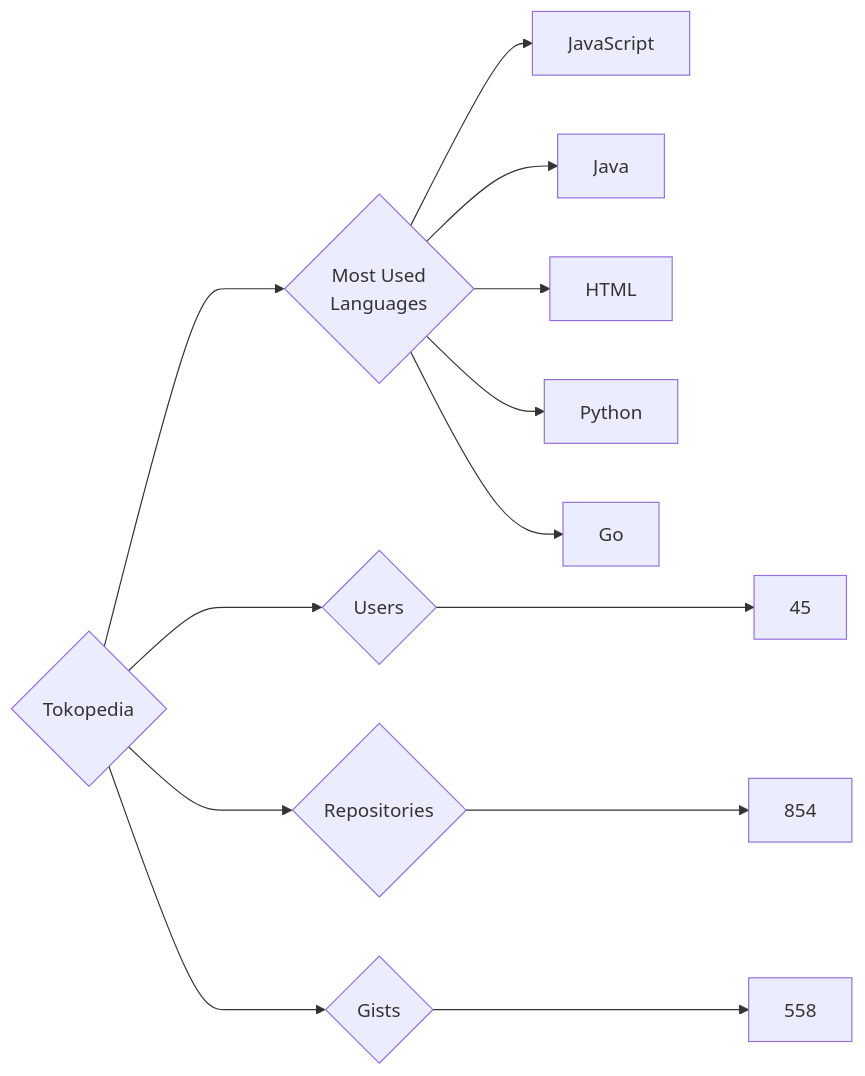
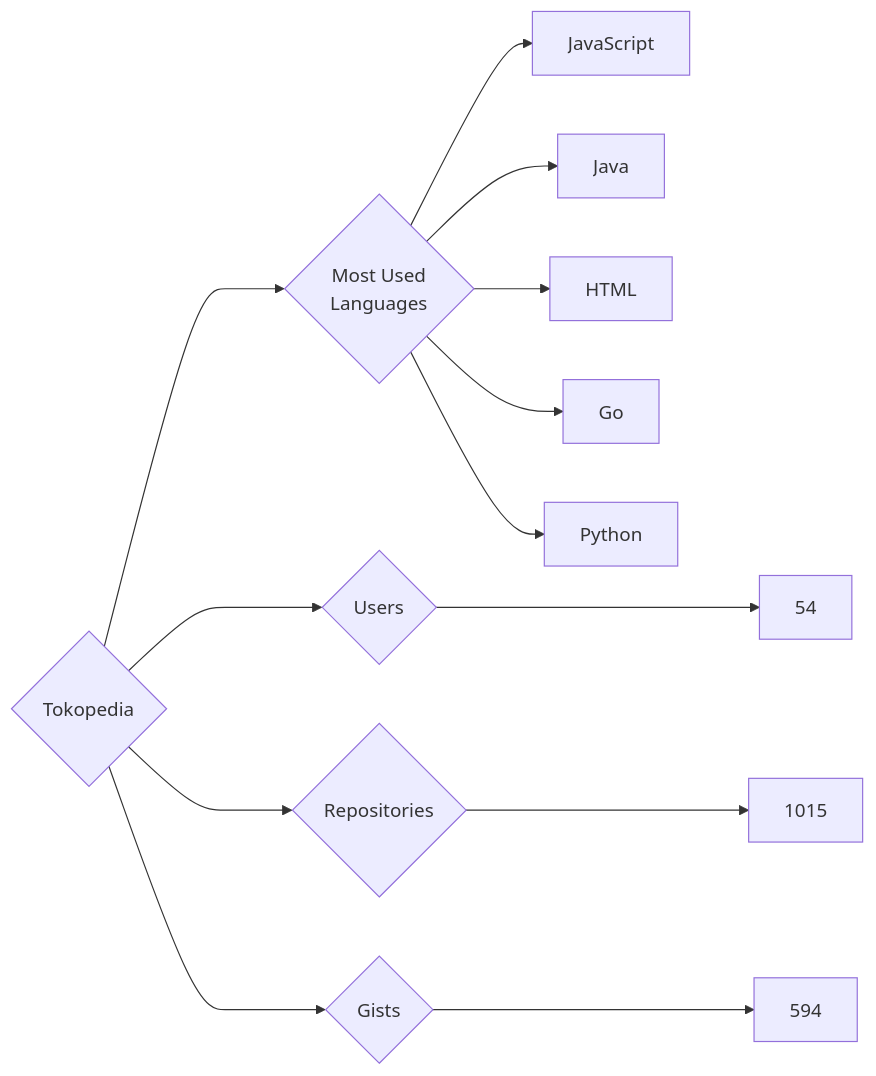
Before and after one commit to trickest/insiders: the diagram in targets/Tokopedia/README.md, drawn with Mermaid. The commit also changed 839 other files, not shown here.

````diff
--- a/targets/Tokopedia/README.md
+++ b/targets/Tokopedia/README.md
@@ -3,13 +3,13 @@
 ```mermaid
 graph LR
 COMPANY_NAME{Tokopedia}
-COMPANY_NAME ---> U{Users} ---> UN[45]
-COMPANY_NAME ---> R{Repositories} ---> RN[854]
-COMPANY_NAME ---> G{Gists} ---> GN[558]
+COMPANY_NAME ---> U{Users} ---> UN[54]
+COMPANY_NAME ---> R{Repositories} ---> RN[1015]
+COMPANY_NAME ---> G{Gists} ---> GN[594]
 COMPANY_NAME ---> ML{Most Used<br>Languages}
 ML --> JavaScript[JavaScript]
 ML --> Java[Java]
 ML --> HTML[HTML]
+ML --> Go[Go]
 ML --> Python[Python]
-ML --> Go[Go]
 ```
````
